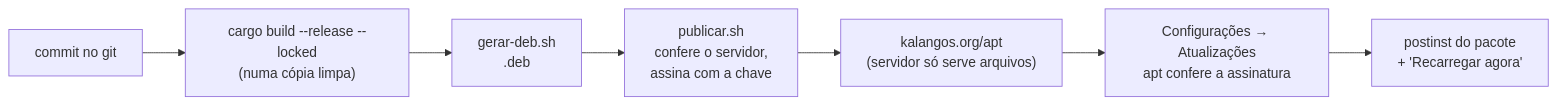
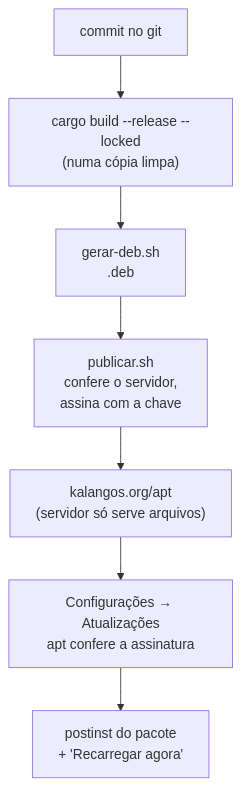
One commit to tiagorodoliv/kalango_os changed the diagram in docs/pacotes-e-atualizacoes.md. Above: the diagram before and after it, drawn with Mermaid. The commit also changed 1 other file, not shown here.

Commit message:
docs: gerador do PDF da documentação
docs/gerar-pdf.py junta os arquivos de docs/ na ordem do índice, com capa,
sumário, links internos, diagramas mermaid e estilo de impressão A4, e
imprime com o Chrome sem janela (padrão: ~/Documents/KalangOS-documentacao.pdf).
O fluxo das atualizações passa a ser vertical: em linha ficava pequeno demais
para ler.

````diff
--- a/docs/pacotes-e-atualizacoes.md
+++ b/docs/pacotes-e-atualizacoes.md
@@ -29,9 +29,9 @@
 ```mermaid
-flowchart LR
+flowchart TB
     A[commit no git] --> B["cargo build --release --locked<br/>(numa cópia limpa)"]
     B --> C[gerar-deb.sh<br/>.deb]
     C --> D["publicar.sh<br/>confere o servidor,<br/>assina com a chave"]
     D --> E["kalangos.org/apt<br/>(servidor só serve arquivos)"]
     E --> F["Configurações → Atualizações<br/>apt confere a assinatura"]
     F --> G["postinst do pacote<br/>+ 'Recarregar agora'"]
 ```
````
